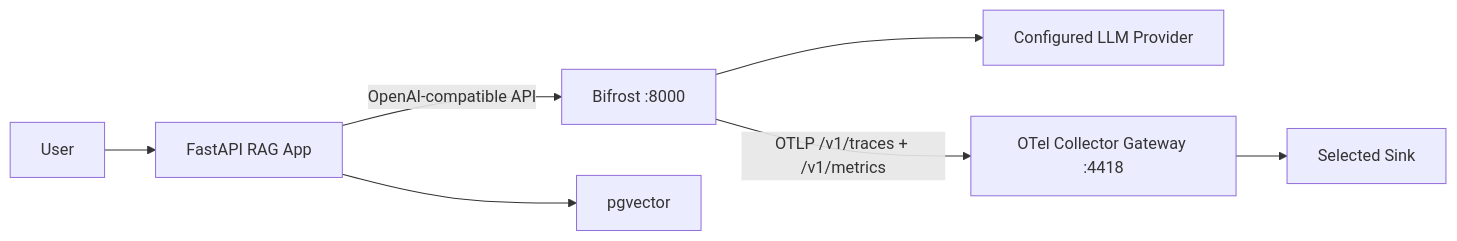
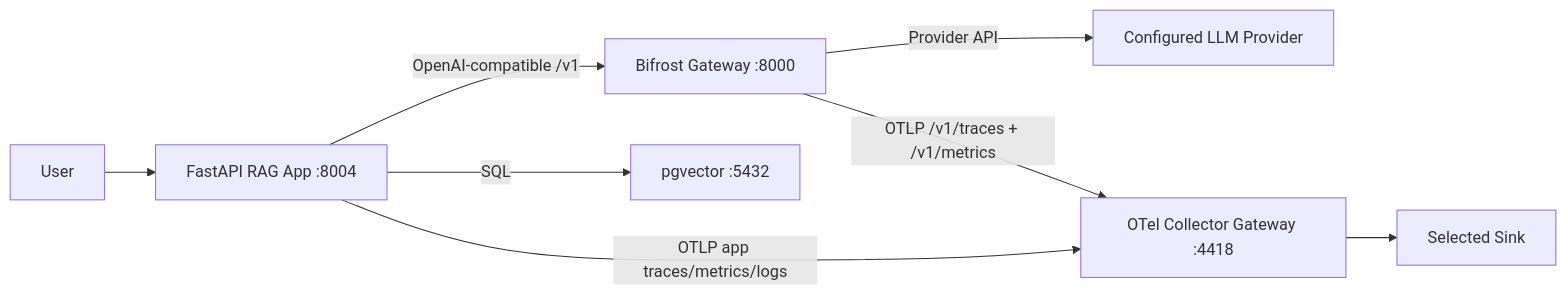
One commit to one2nc/ai_observability changed the diagram in experiments/04_bifrost/README.md. Above: the diagram before and after it, drawn with Mermaid. The commit also changed other lines of this file and 15 other files, not shown here.

````diff
--- a/experiments/04_bifrost/README.md
+++ b/experiments/04_bifrost/README.md
@@ -7,9 +11,10 @@
 ```mermaid
 graph LR
-    User --> FastAPI[FastAPI RAG App]
-    FastAPI -->|OpenAI-compatible API| Bifrost[Bifrost :8000]
-    Bifrost --> Provider[Configured LLM Provider]
-    Bifrost -->|OTLP /v1/traces + /v1/metrics| Gateway[OTel Collector Gateway :4418]
-    Gateway --> Sink[Selected Sink]
-    FastAPI --> PG[pgvector]
+    User --> FastAPI[FastAPI RAG App :8004]
+    FastAPI -->|OpenAI-compatible /v1| Bifrost[Bifrost Gateway :8000]
+    Bifrost -->|Provider API| Provider[Configured LLM Provider]
+    FastAPI -->|SQL| PG[pgvector :5432]
+    FastAPI -->|OTLP app traces/metrics/logs| OTel[OTel Collector Gateway :4418]
+    Bifrost -->|OTLP /v1/traces + /v1/metrics| OTel[OTel Collector Gateway :4418]
+    OTel --> Sink[Selected Sink]
 ```
````
